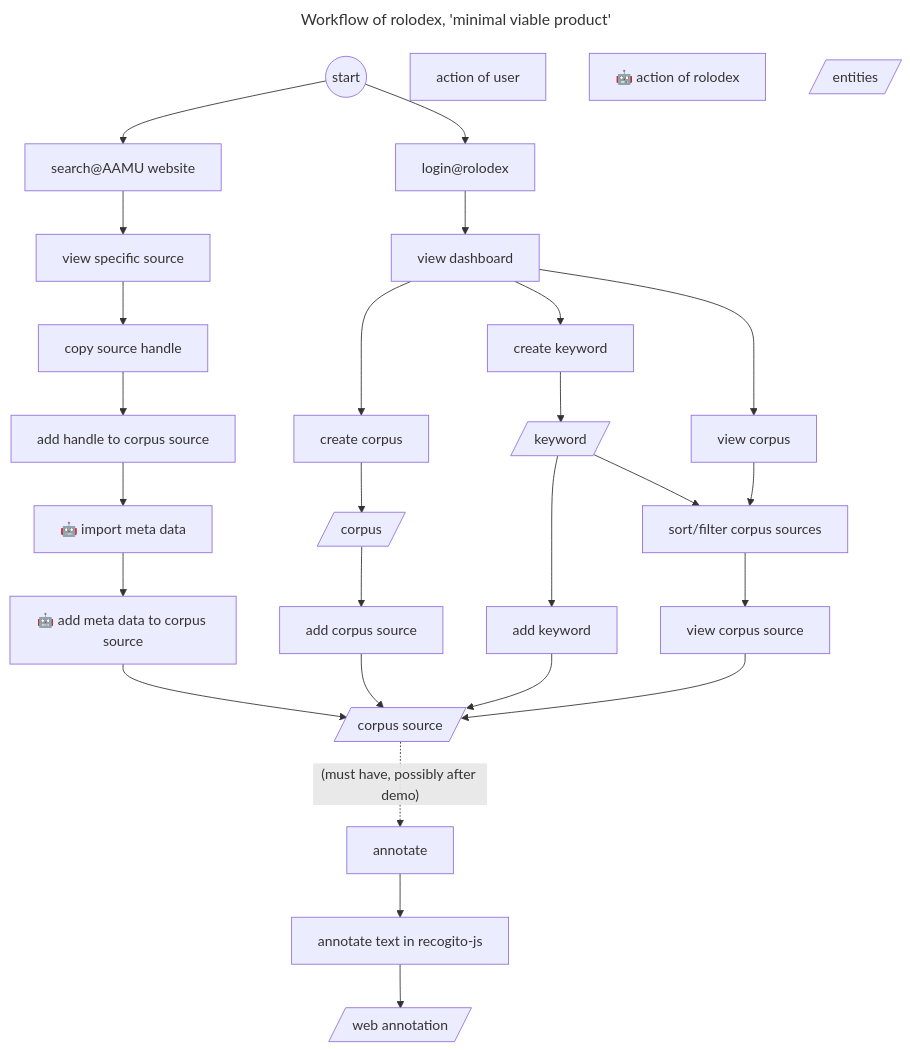
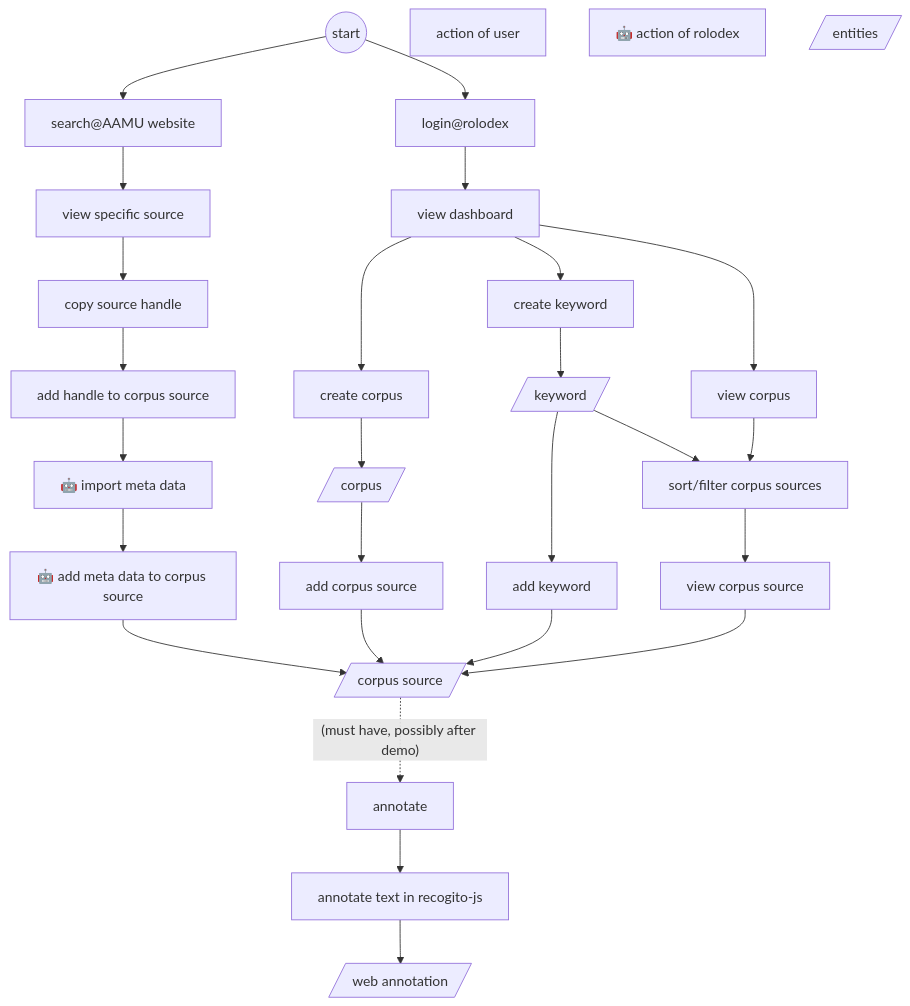
Before and after one commit to knaw-huc/Dexter: the diagram in README.md, drawn with Mermaid. The commit also changed other lines of this file and 1 other file, not shown here.

Commit message:
Add diagram of database model

````diff
--- a/README.md
+++ b/README.md
@@ -54,46 +57,43 @@
 ```mermaid  
----
-title: "Workflow of rolodex, 'minimal viable product'"
----
 graph TD
     START((start))
 
     AU[action of user]
     AR["🤖 action of rolodex"]
     EN[/entities/]
     
     START --> LOGIN["login@rolodex"]
     LOGIN --> HOME[view dashboard]
     
     START --> SEARCH["search@AAMU website"]
     SEARCH --> VIEWITEM[view specific source]
     VIEWITEM --> COPYHANDLER[copy source handle]
     COPYHANDLER --> ADDHANDLER[add handle to corpus source]
     ADDHANDLER --> IMPORTHANDLER["🤖 import meta data"]
     IMPORTHANDLER --> ADDMETADATA["🤖 add meta data to corpus source"]
     ADDMETADATA --> VCI[/corpus source/]
     
     %% corpus sources:
     HOME --> CVC[create corpus]
     CVC --> VC[/corpus/]
     
     VC --> AVC[add corpus source]
     AVC --> VCI
     
     %% keyword:
     HOME --> CKEYWORD[create keyword]
     CKEYWORD --> KEYWORD[/keyword/]
     KEYWORD --> AKEYWORD[add keyword]
     AKEYWORD --> VCI
     
     KEYWORD-->SORTVC
     
     HOME --> VIEWVC[view corpus]
     VIEWVC --> SORTVC[sort/filter corpus sources]
     SORTVC --> VIEWVCI[view corpus source]
     VIEWVCI --> VCI
     
     VCI -.-> |"(must have, possibly after demo)"|ANN[annotate]
     ANN --> ANNT[annotate text in recogito-js]
     ANNT --> WANN[/web annotation/]
 ```
````
